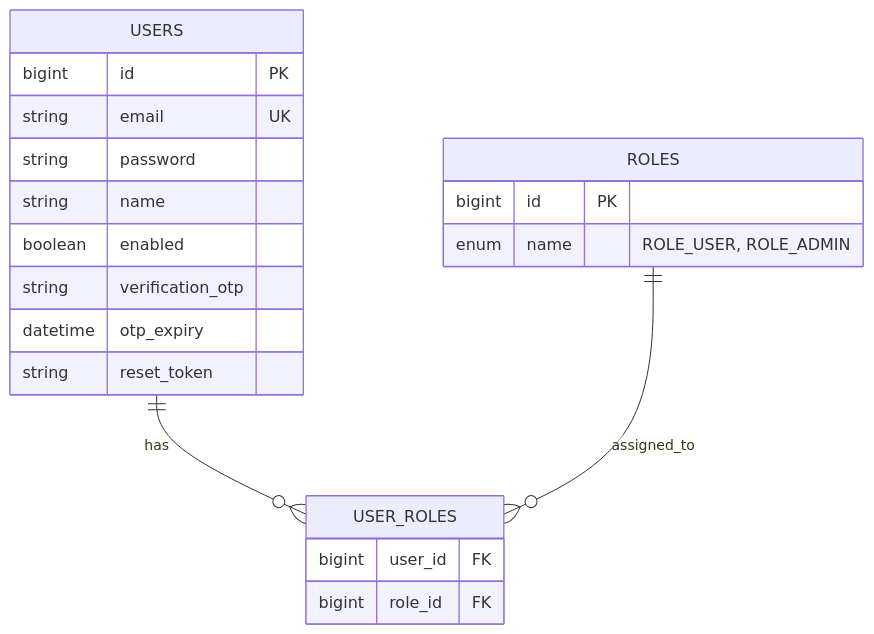
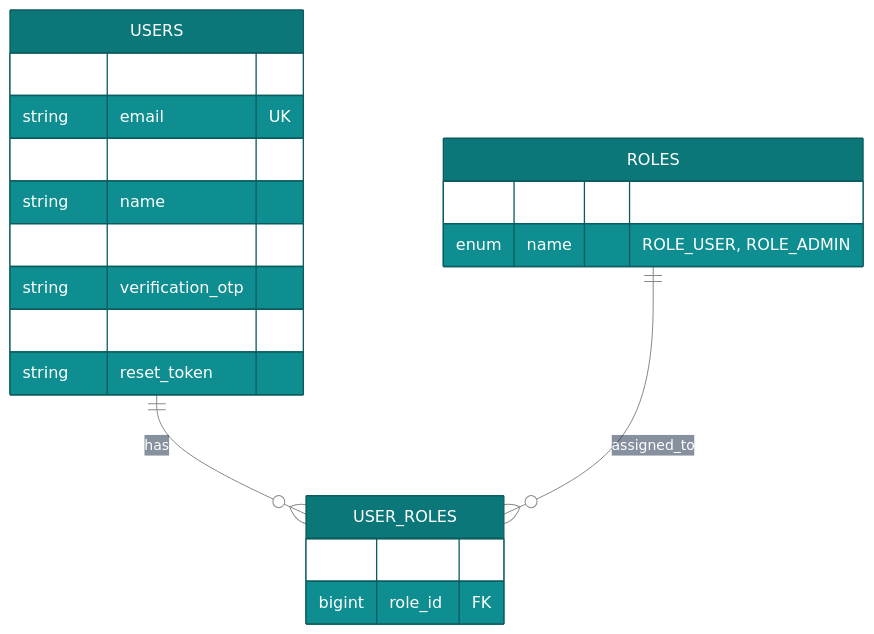
One commit to himanshugupta91/Full-Stack-Authentication-System changed the fifth of 5 diagrams in README.md. Above: the diagram before and after it, drawn with Mermaid. The commit also changed other lines of this file, not shown here.

Commit message:
docs: improve structure, design diagrams, and add real-world Spring Boot Q&A

````diff
--- a/README.md
+++ b/README.md
@@ -195,26 +216,27 @@
 ```mermaid
+%%{init: {'theme': 'base', 'themeVariables': {'primaryColor': '#0C7779', 'primaryTextColor': '#ffffff', 'primaryBorderColor': '#0A5C5E', 'lineColor': '#888888', 'secondaryColor': '#0A192F', 'tertiaryColor': '#112240', 'fontFamily': 'Inter, sans-serif'}}}%%
 erDiagram
     USERS {
         bigint id PK
         string email UK
         string password
         string name
         boolean enabled
         string verification_otp
         datetime otp_expiry
         string reset_token
     }
 
     ROLES {
         bigint id PK
         enum name "ROLE_USER, ROLE_ADMIN"
     }
 
     USER_ROLES {
         bigint user_id FK
         bigint role_id FK
     }
 
     USERS ||--o{ USER_ROLES : has
     ROLES ||--o{ USER_ROLES : assigned_to
 ```
````
